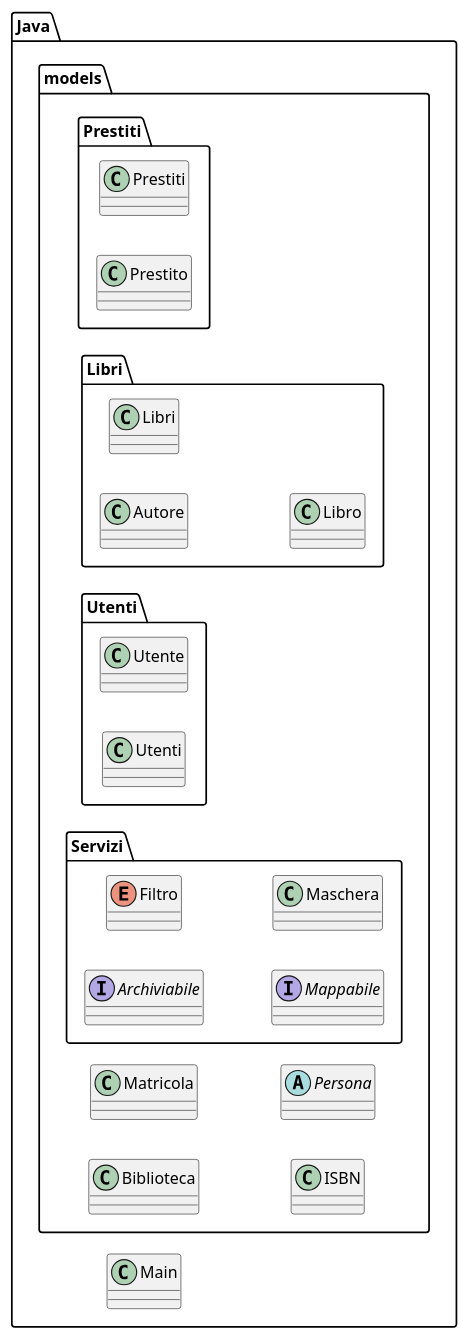
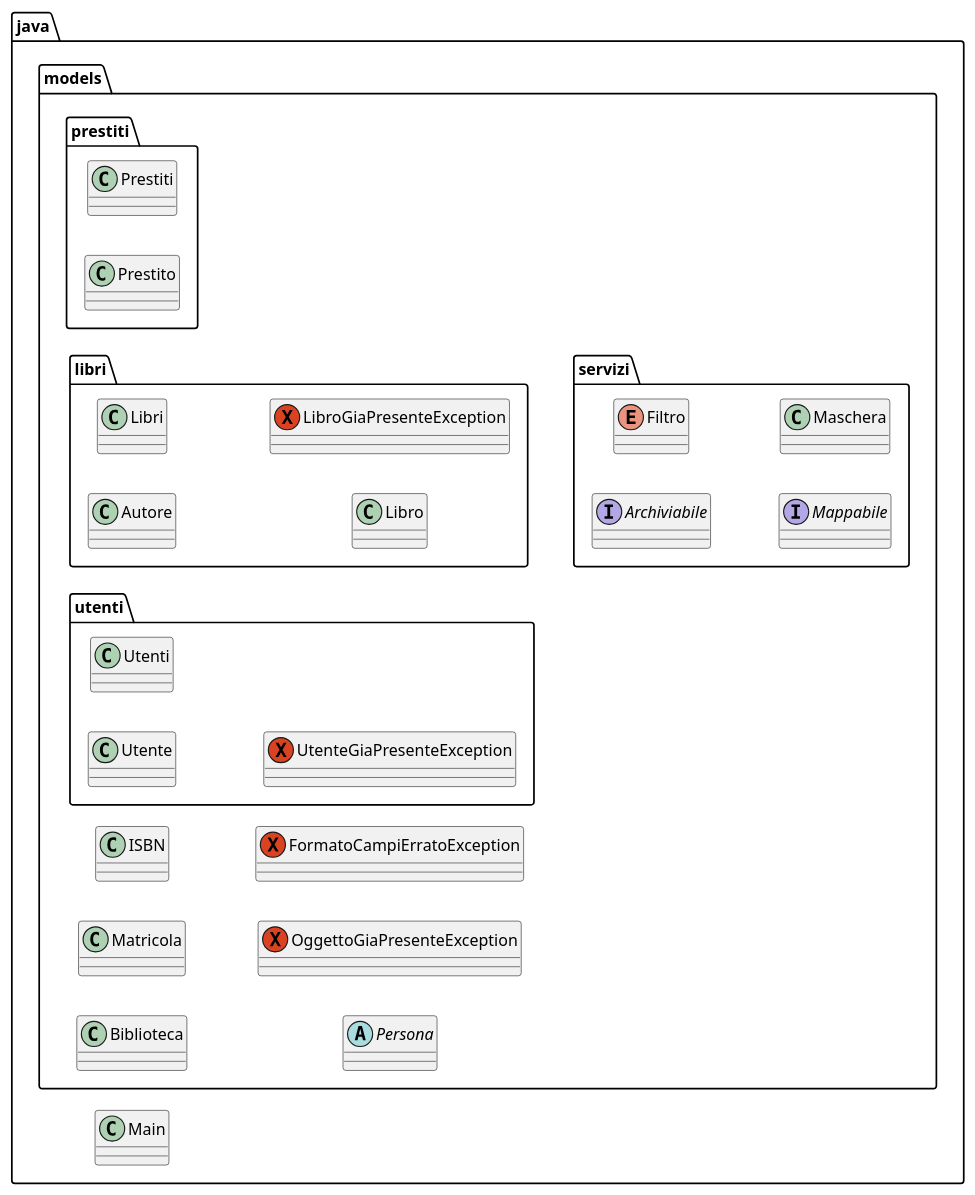
The diagram in documents/DiagrammiUML/DiagrammiPackage/diagrammaDeiPackageNonDettagliato.puml (TitanVoid/ProgSE-Biblioteca), drawn with PlantUML before and after one commit. The commit also changed 5 other files, not shown here.

Commit message:
Modifica diagrammi

```diff
--- a/documents/DiagrammiUML/DiagrammiPackage/diagrammaDeiPackageNonDettagliato.puml
+++ b/documents/DiagrammiUML/DiagrammiPackage/diagrammaDeiPackageNonDettagliato.puml
@@ -1,44 +1,47 @@
 @startuml
 left to right direction
 
-package "Java"{
-	class Main{}
+package java{
+	class Main
 		
-	package "models"{
+	package models{
 		
 		class Biblioteca
 		class Matricola
 		class ISBN
 		abstract Persona
+		exception OggettoGiaPresenteException
+		exception FormatoCampiErratoException
 		
 		
-		package "Prestiti"{
+		package prestiti{
 			class Prestiti
 			class Prestito
 		}
 			
-		package "Libri"{
+		package libri{
 			class Autore
 			class Libri
 			class Libro
+			exception LibroGiaPresenteException
 		}
 			
-		package "Utenti"{
+		package utenti{
 			class Utente
 			class Utenti
+			exception UtenteGiaPresenteException
 		}
 
-		package "Servizi"{
+		package servizi{
 			interface Archiviabile
 			enum Filtro
 			interface Mappabile
 			class Maschera
 		}
-		
 		
 	}
 	
 }
 
 
 @enduml
```
